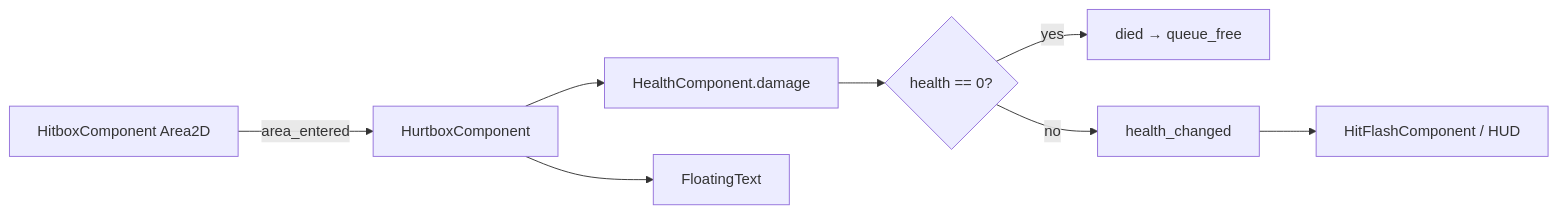
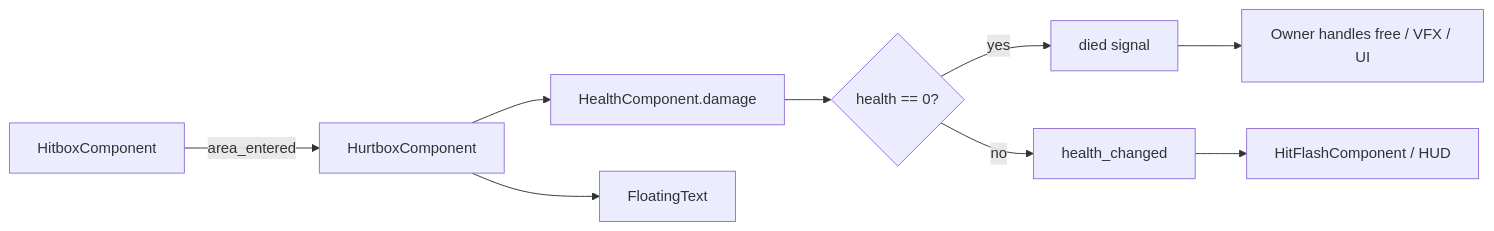
One commit to marcosewbank/runebound changed the diagram in docs/combat.md. Above: the diagram before and after it, drawn with Mermaid. The commit also changed other lines of this file and 99 other files, not shown here.

````diff
--- a/docs/combat.md
+++ b/docs/combat.md
@@ -7,10 +7,11 @@
 ```mermaid
 flowchart LR
-    A[HitboxComponent Area2D] -->|area_entered| B[HurtboxComponent]
+    A[HitboxComponent] -->|area_entered| B[HurtboxComponent]
     B --> C[HealthComponent.damage]
     C --> D{health == 0?}
-    D -->|yes| E[died → queue_free]
-    D -->|no| F[health_changed]
-    F --> G[HitFlashComponent / HUD]
-    B --> H[FloatingText]
+    D -->|yes| E[died signal]
+    E --> F[Owner handles free / VFX / UI]
+    D -->|no| G[health_changed]
+    G --> H[HitFlashComponent / HUD]
+    B --> I[FloatingText]
 ```
````
